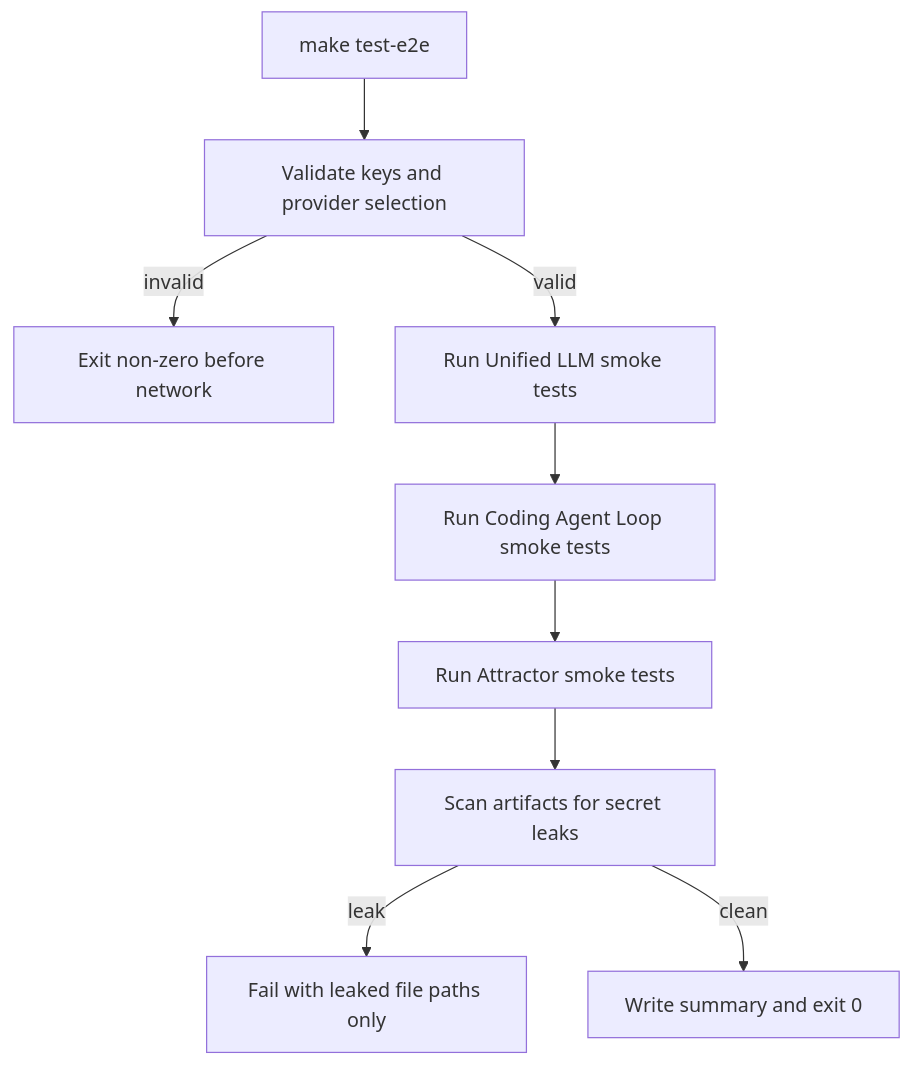
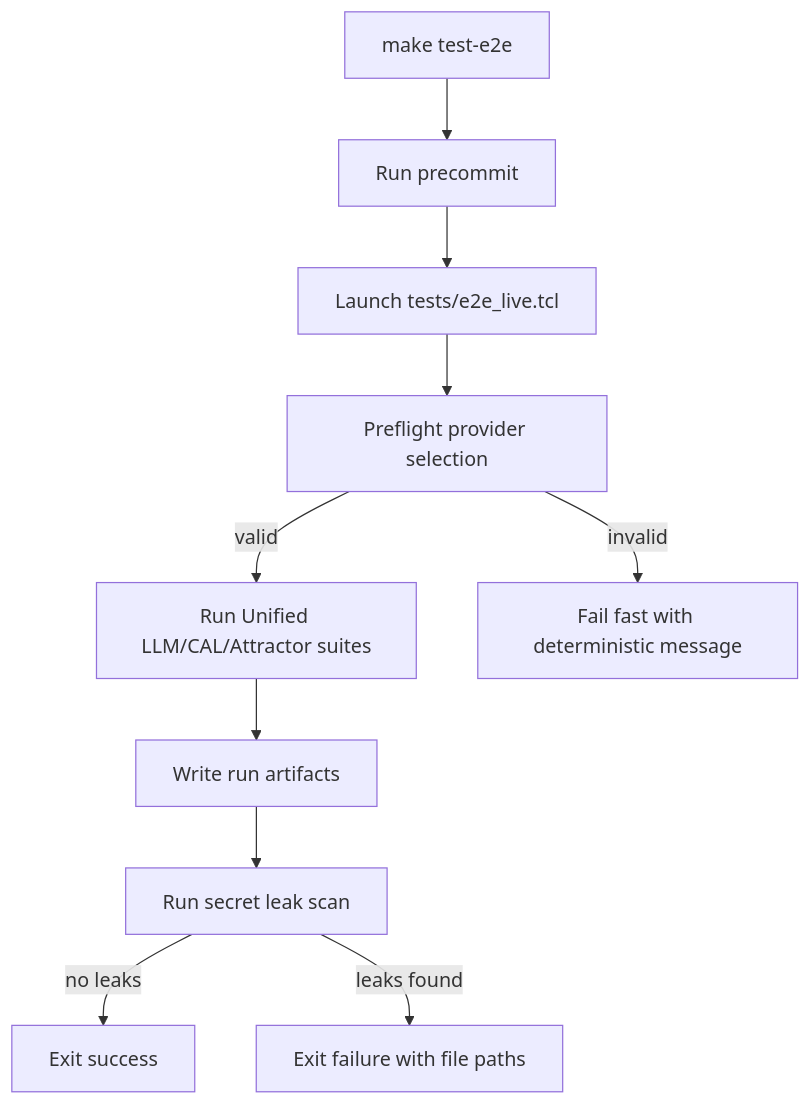
One commit to jaytaylor/attractor-tcl changed the third of 5 diagrams in docs/sprints/SPRINT-004-comprehensive-implementation-plan.md. Above: the diagram before and after it, drawn with Mermaid. The commit also changed other lines of this file, not shown here.

````diff
--- a/docs/sprints/SPRINT-004-comprehensive-implementation-plan.md
+++ b/docs/sprints/SPRINT-004-comprehensive-implementation-plan.md
@@ -829,11 +1140,12 @@
 ```mermaid
 flowchart TD
-  START[make test-e2e] --> PREFLIGHT[Validate keys and provider selection]
-  PREFLIGHT -->|invalid| FAILFAST[Exit non-zero before network]
-  PREFLIGHT -->|valid| ULLM[Run Unified LLM smoke tests]
-  ULLM --> CAL[Run Coding Agent Loop smoke tests]
-  CAL --> ATR[Run Attractor smoke tests]
-  ATR --> SCAN[Scan artifacts for secret leaks]
-  SCAN -->|leak| LEAKFAIL[Fail with leaked file paths only]
-  SCAN -->|clean| PASS[Write summary and exit 0]
+  A[make test-e2e] --> B[Run precommit]
+  B --> C[Launch tests/e2e_live.tcl]
+  C --> D[Preflight provider selection]
+  D -->|valid| E[Run Unified LLM/CAL/Attractor suites]
+  D -->|invalid| F[Fail fast with deterministic message]
+  E --> G[Write run artifacts]
+  G --> H[Run secret leak scan]
+  H -->|no leaks| I[Exit success]
+  H -->|leaks found| J[Exit failure with file paths]
 ```
````
